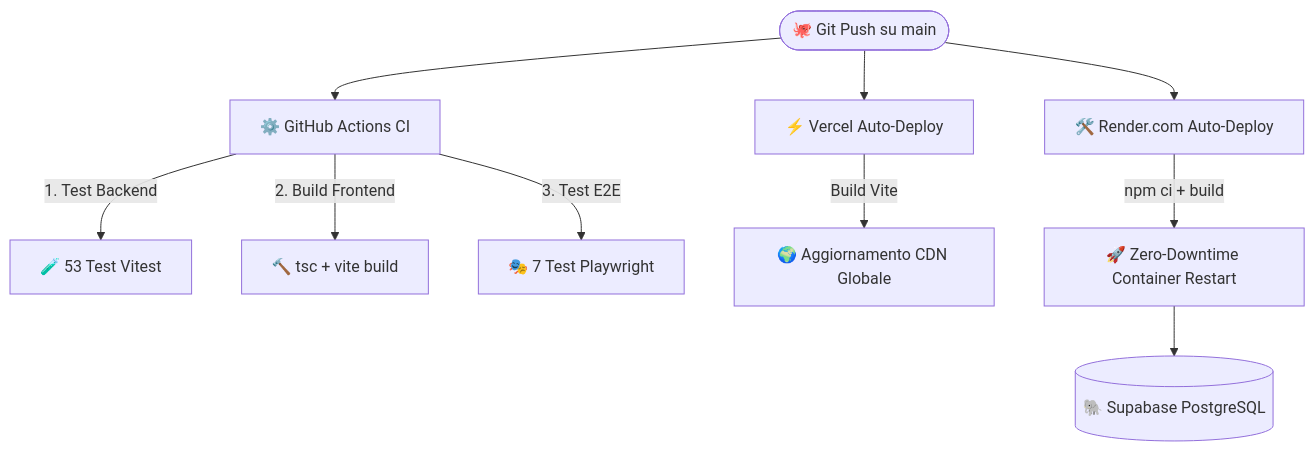
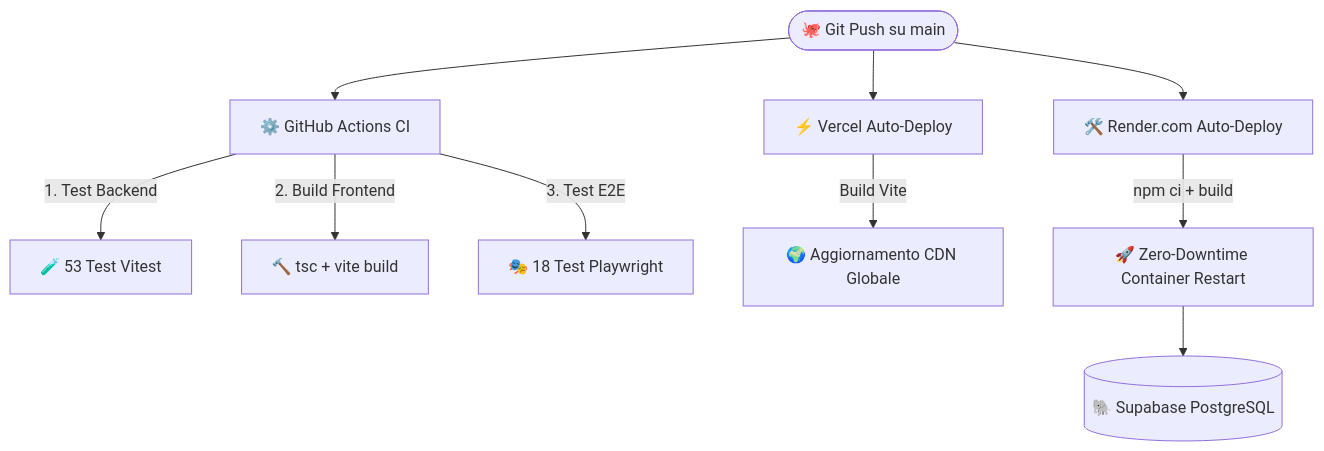
One commit to LucaBarrella/RoadToUnina changed the diagram in DEPLOYMENT.md. Above: the diagram before and after it, drawn with Mermaid. The commit also changed other lines of this file and 8 other files, not shown here.

Commit message:
feat(test): add 18 Playwright E2E tests with Boris, antirez, AI, and UX suites

````diff
--- a/DEPLOYMENT.md
+++ b/DEPLOYMENT.md
@@ -29,14 +29,14 @@
 ```mermaid
 graph TD
     Push([🐙 Git Push su main]) --> GHA[⚙️ GitHub Actions CI]
     Push --> Vercel[⚡ Vercel Auto-Deploy]
     Push --> Render[🛠️ Render.com Auto-Deploy]
 
     GHA -->|1. Test Backend| Vitest[🧪 53 Test Vitest]
     GHA -->|2. Build Frontend| ViteBuild[🔨 tsc + vite build]
-    GHA -->|3. Test E2E| Playwright[🎭 7 Test Playwright]
+    GHA -->|3. Test E2E| Playwright[🎭 18 Test Playwright]
 
     Vercel -->|Build Vite| CDN[🌍 Aggiornamento CDN Globale]
     Render -->|npm ci + build| App[🚀 Zero-Downtime Container Restart]
     App --> Supabase[(🐘 Supabase PostgreSQL)]
 ```
````
